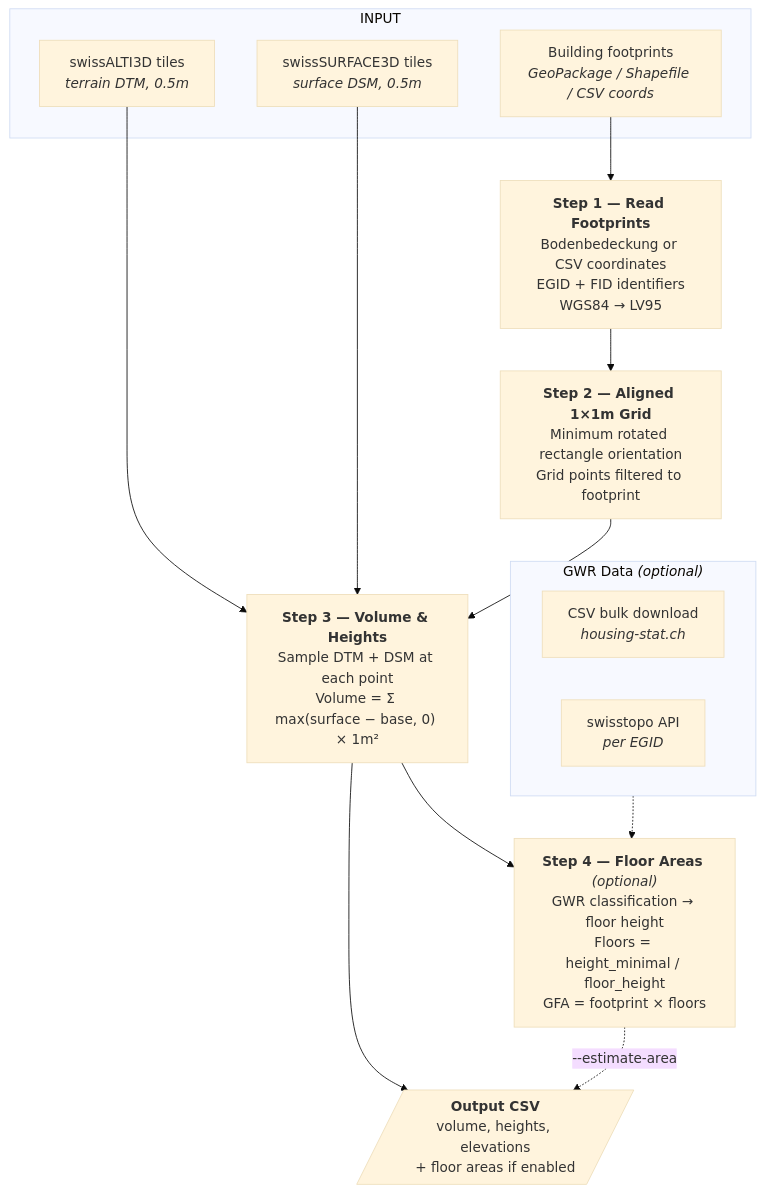
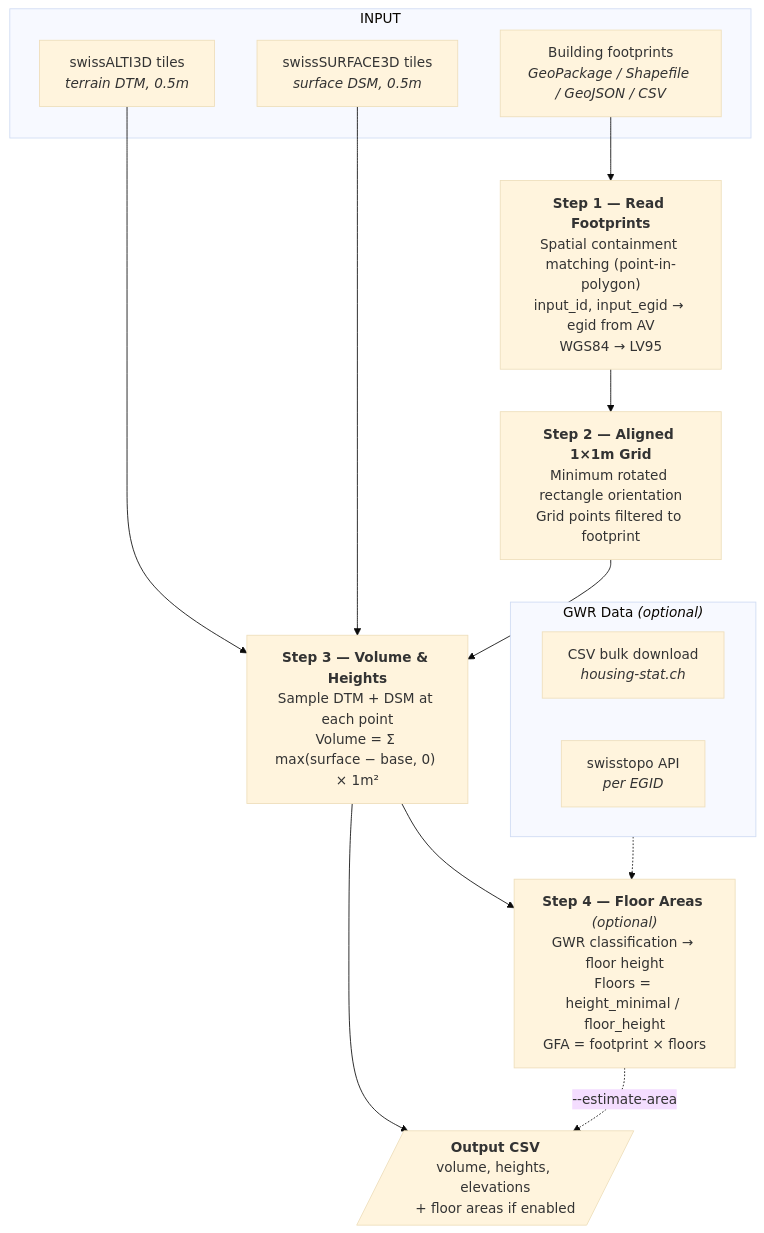
The first of 4 diagrams in README.md (bbl-dres/area-estimator), drawn with Mermaid (base theme) before and after one commit. The commit also changed other lines of this file and 14 other files, not shown here.

````diff
--- a/README.md
+++ b/README.md
@@ -20,31 +20,31 @@
 ```mermaid
 flowchart TD
     subgraph INPUT
-        A1[Building footprints<br><i>GeoPackage / Shapefile / CSV coords</i>]
+        A1[Building footprints<br><i>GeoPackage / Shapefile / GeoJSON / CSV</i>]
         A2[swissALTI3D tiles<br><i>terrain DTM, 0.5m</i>]
         A3[swissSURFACE3D tiles<br><i>surface DSM, 0.5m</i>]
     end
 
     A1 --> S1
     A2 --> S3
     A3 --> S3
 
-    S1["<b>Step 1 — Read Footprints</b><br>Bodenbedeckung or CSV coordinates<br>EGID + FID identifiers<br>WGS84 → LV95"]
+    S1["<b>Step 1 — Read Footprints</b><br>Spatial containment matching (point-in-polygon)<br>input_id, input_egid → egid from AV<br>WGS84 → LV95"]
     S2["<b>Step 2 — Aligned 1×1m Grid</b><br>Minimum rotated rectangle orientation<br>Grid points filtered to footprint"]
     S3["<b>Step 3 — Volume & Heights</b><br>Sample DTM + DSM at each point<br>Volume = Σ max(surface − base, 0) × 1m²"]
     S4["<b>Step 4 — Floor Areas</b> <i>(optional)</i><br>GWR classification → floor height<br>Floors = height_minimal / floor_height<br>GFA = footprint × floors"]
 
     S1 --> S2 --> S3 --> S4
 
     S3 --> OUT
     S4 -.->|--estimate-area| OUT
 
     OUT[/"<b>Output CSV</b><br>volume, heights, elevations<br>+ floor areas if enabled"/]
 
     subgraph GWR["GWR Data <i>(optional)</i>"]
         G1[CSV bulk download<br><i>housing-stat.ch</i>]
         G2[swisstopo API<br><i>per EGID</i>]
     end
 
     GWR -.-> S4
 ```
````
